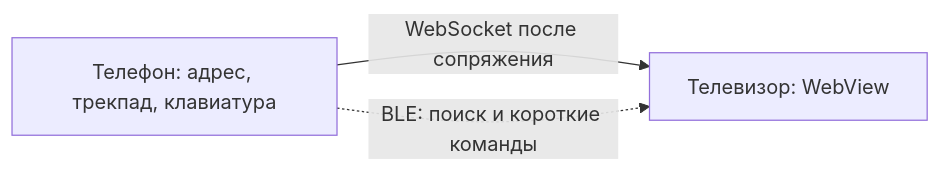
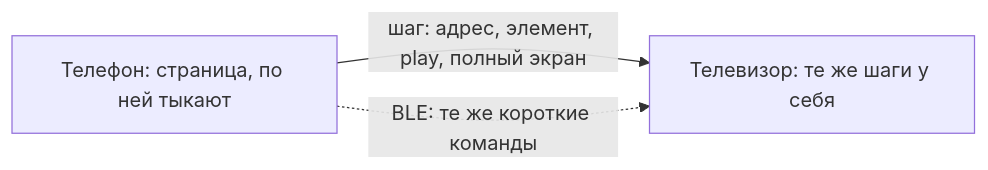
The diagram in docs/PLAN.md (Konstantin-si/parlor), drawn with Mermaid before and after one commit. The commit also changed other lines of this file and 6 other files, not shown here.

````diff
--- a/docs/PLAN.md
+++ b/docs/PLAN.md
@@ -38,7 +40,7 @@
 ```mermaid
 flowchart LR
-  phone[Телефон: адрес, трекпад, клавиатура]
-  tv[Телевизор: WebView]
-  phone -->|WebSocket после сопряжения| tv
-  phone -.->|BLE: поиск и короткие команды| tv
+  phone[Телефон: страница, по ней тыкают]
+  tv[Телевизор: те же шаги у себя]
+  phone -->|шаг: адрес, элемент, play, полный экран| tv
+  phone -.->|BLE: те же короткие команды| tv
 ```
````
